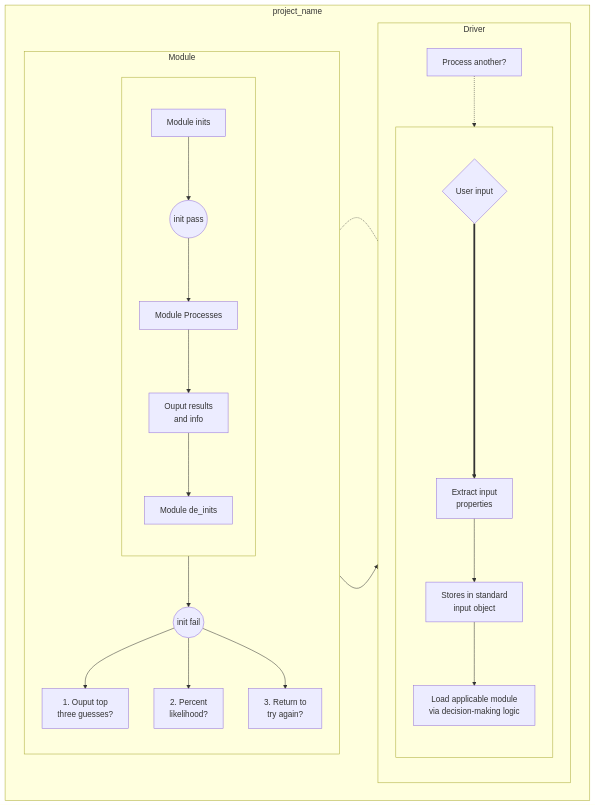
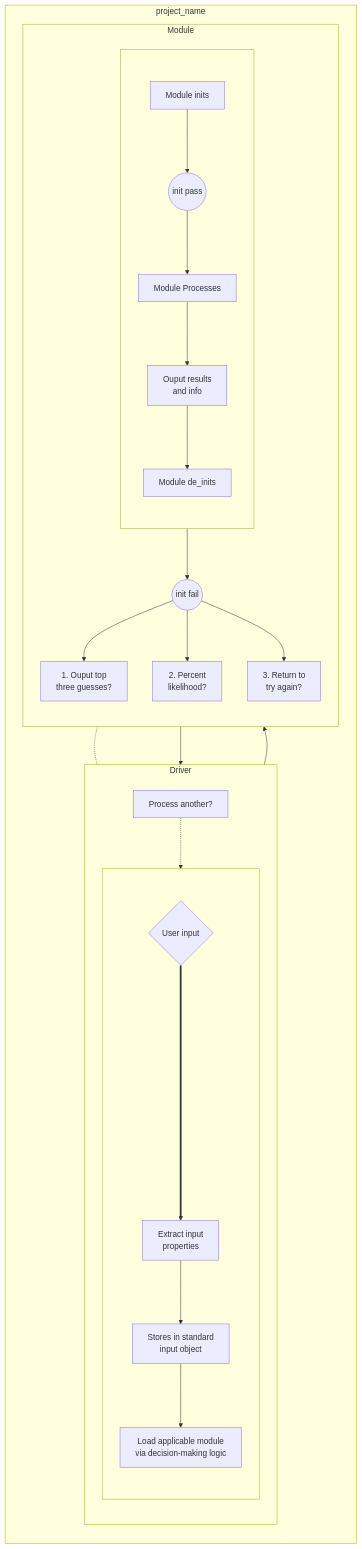
The first of 2 diagrams in README.md (tarynbytes/EasyID), drawn with Mermaid before and after one commit.

Commit message:
changed program flow diagram

````diff
--- a/README.md
+++ b/README.md
@@ -5,24 +5,25 @@
 ```mermaid
-flowchart TB
+flowchart LR
 subgraph project_name
   subgraph Driver
   direction TB
     subgraph  
       direction TB
         A{User input} =====> B[Extract input\nproperties] --> Z[Stores in standard\ninput object] --> Y[Load applicable module\nvia decision-making logic]
     end
    M[Process another?]
   end
   subgraph Module
     direction TB
     subgraph  
       direction TB
         D[Module inits] --> E((init pass)) --> G[Module Processes] --> H[Ouput results\nand info] --> I[Module de_inits]
     end
     D --> F((init fail))
     F --> J[1. Ouput top\nthree guesses?] & K[2. Percent\nlikelihood?] & L[3. Return to\ntry again?]
   end
 I -.- M -.-> A
 L --> Y
+Y --> D
 end
 ```
````
